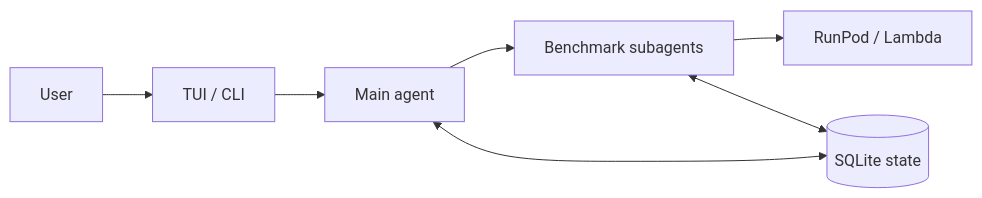
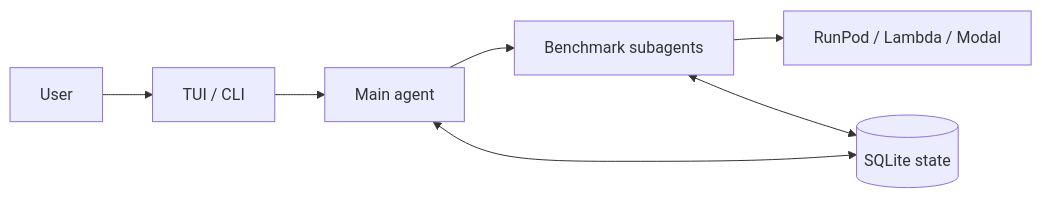
The first of 5 diagrams in structures.md (coder-2011/perferox), drawn with Mermaid before and after one commit. The commit also changed other lines of this file and 3 other files, not shown here.

````diff
--- a/structures.md
+++ b/structures.md
@@ -9,7 +9,7 @@
 ```mermaid
 flowchart LR
   user["User"] --> surface["TUI / CLI"] --> main["Main agent"]
-  main --> workers["Benchmark subagents"] --> instance["RunPod / Lambda"]
+  main --> workers["Benchmark subagents"] --> instance["RunPod / Lambda / Modal"]
   main <--> db[("SQLite state")]
   workers <--> db
 ```
````
